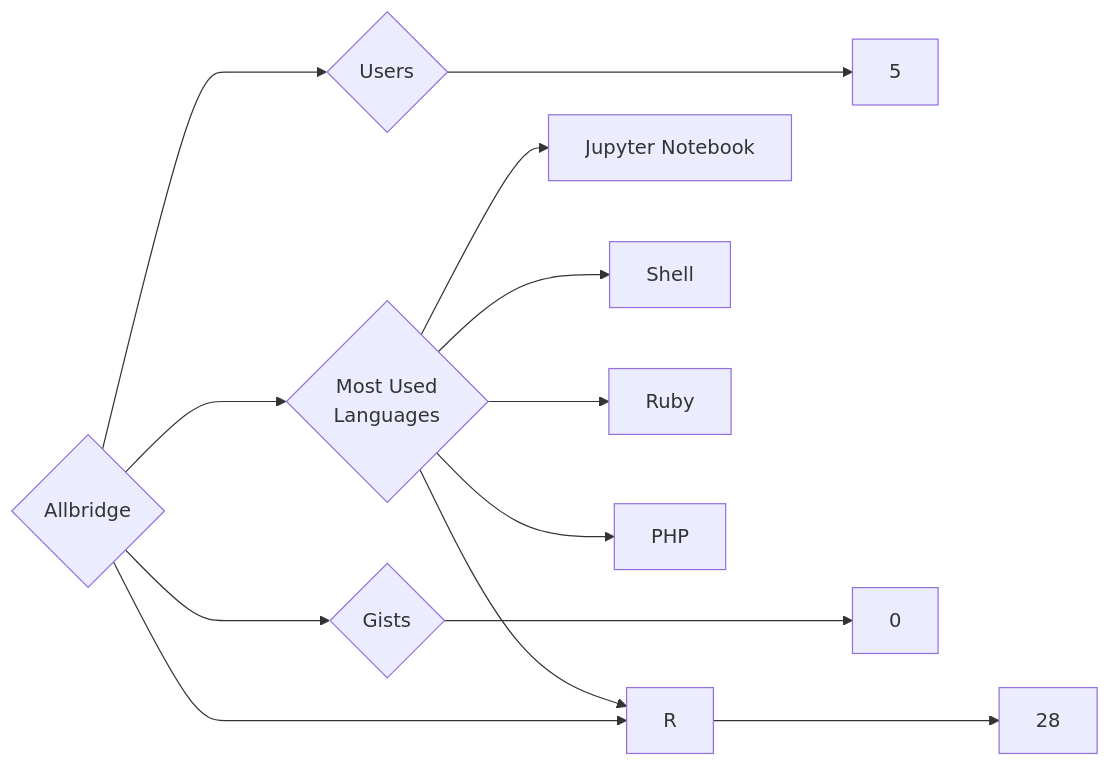
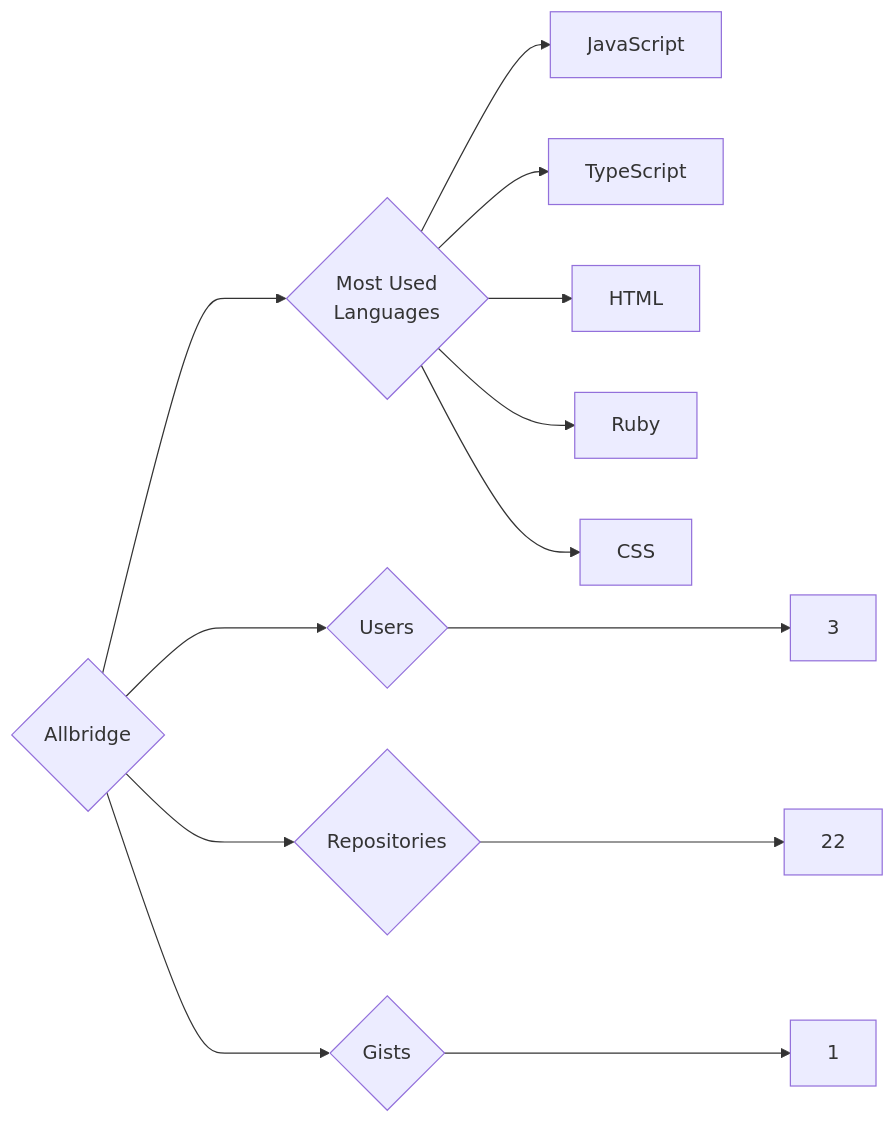
The diagram in targets/Allbridge/README.md (trickest/insiders), drawn with Mermaid before and after one commit. The commit also changed 1078 other files, not shown here.

````diff
--- a/targets/Allbridge/README.md
+++ b/targets/Allbridge/README.md
@@ -3,13 +3,13 @@
 ```mermaid
 graph LR
 COMPANY_NAME{Allbridge}
-COMPANY_NAME ---> U{Users} ---> UN[5]
-COMPANY_NAME ---> R{Repositories} ---> RN[28]
-COMPANY_NAME ---> G{Gists} ---> GN[0]
+COMPANY_NAME ---> U{Users} ---> UN[3]
+COMPANY_NAME ---> R{Repositories} ---> RN[22]
+COMPANY_NAME ---> G{Gists} ---> GN[1]
 COMPANY_NAME ---> ML{Most Used<br>Languages}
-ML --> Jupyter_Notebook[Jupyter Notebook]
-ML --> Shell[Shell]
+ML --> JavaScript[JavaScript]
+ML --> TypeScript[TypeScript]
+ML --> HTML[HTML]
 ML --> Ruby[Ruby]
-ML --> R[R]
-ML --> PHP[PHP]
+ML --> CSS[CSS]
 ```
````
